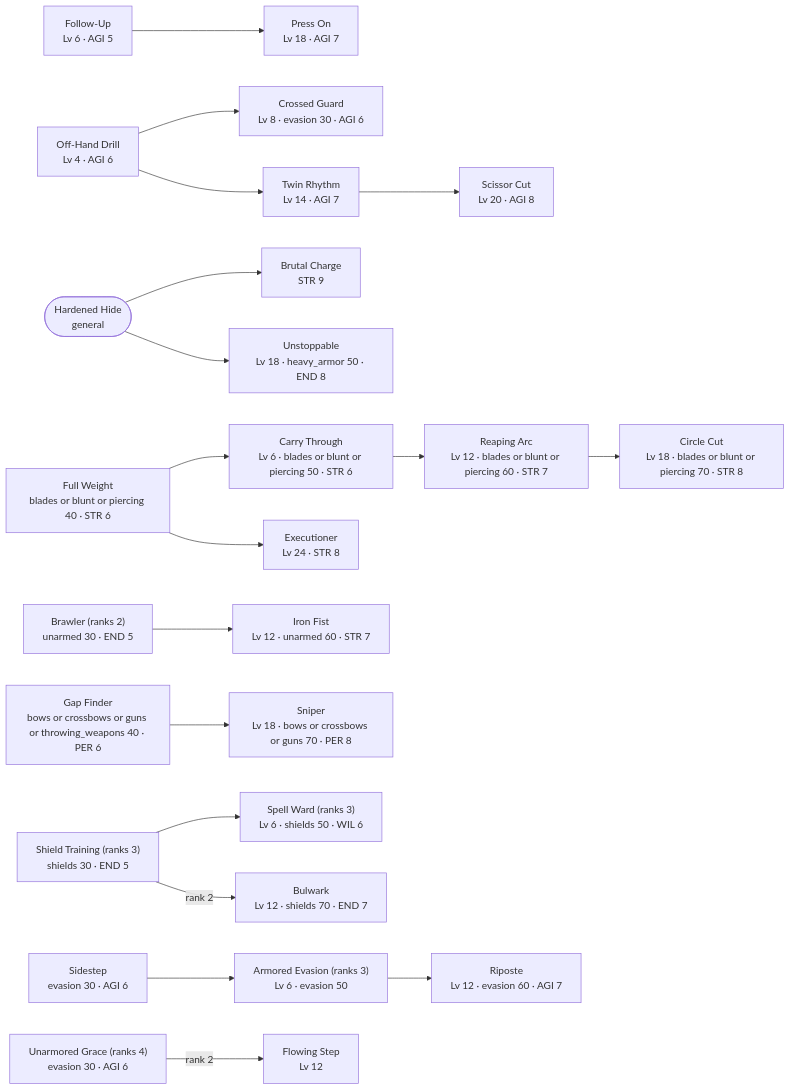
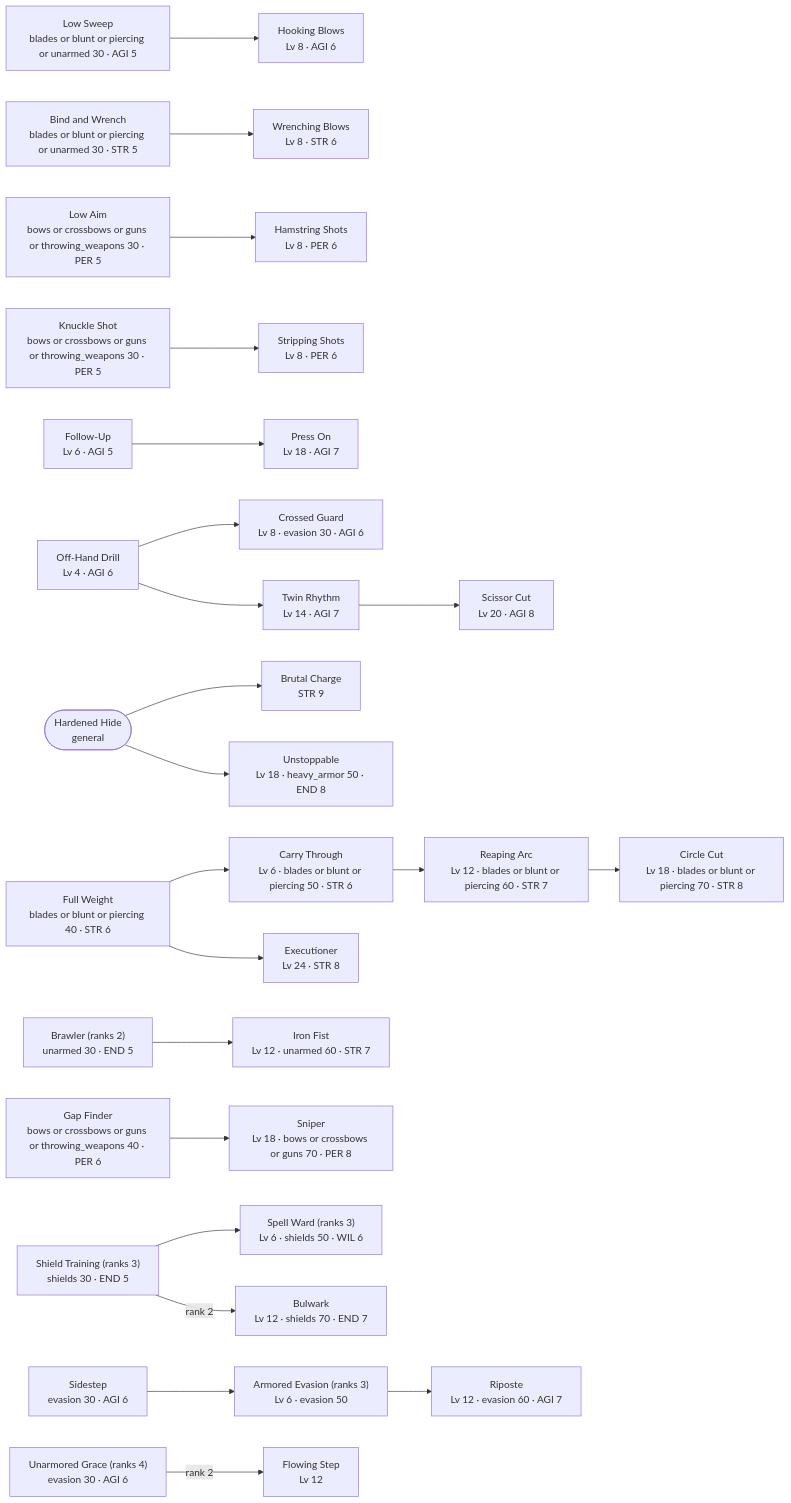
One commit to SETA1609/riftweave-core changed the first of 5 diagrams in docs/core/perk-ladders.md. Above: the diagram before and after it, drawn with Mermaid. The commit also changed other lines of this file and 20 other files, not shown here.

````diff
--- a/docs/core/perk-ladders.md
+++ b/docs/core/perk-ladders.md
@@ -18,46 +18,58 @@
 ```mermaid
 graph LR
   full_weight["Full Weight<br/>blades or blunt or piercing 40 · STR 6"]
   gap_finder["Gap Finder<br/>bows or crossbows or guns or throwing_weapons 40 · PER 6"]
+  low_sweep["Low Sweep<br/>blades or blunt or piercing or unarmed 30 · AGI 5"]
+  hooking_blows["Hooking Blows<br/>Lv 8 · AGI 6"]
+  bind_and_wrench["Bind and Wrench<br/>blades or blunt or piercing or unarmed 30 · STR 5"]
+  wrenching_blows["Wrenching Blows<br/>Lv 8 · STR 6"]
+  low_aim["Low Aim<br/>bows or crossbows or guns or throwing_weapons 30 · PER 5"]
+  hamstring_shots["Hamstring Shots<br/>Lv 8 · PER 6"]
+  knuckle_shot["Knuckle Shot<br/>bows or crossbows or guns or throwing_weapons 30 · PER 5"]
+  stripping_shots["Stripping Shots<br/>Lv 8 · PER 6"]
   brutal_charge["Brutal Charge<br/>STR 9"]
   carry_through["Carry Through<br/>Lv 6 · blades or blunt or piercing 50 · STR 6"]
   reaping_arc["Reaping Arc<br/>Lv 12 · blades or blunt or piercing 60 · STR 7"]
   circle_cut["Circle Cut<br/>Lv 18 · blades or blunt or piercing 70 · STR 8"]
   follow_up["Follow-Up<br/>Lv 6 · AGI 5"]
   press_on["Press On<br/>Lv 18 · AGI 7"]
   off_hand_drill["Off-Hand Drill<br/>Lv 4 · AGI 6"]
   crossed_guard["Crossed Guard<br/>Lv 8 · evasion 30 · AGI 6"]
   twin_rhythm["Twin Rhythm<br/>Lv 14 · AGI 7"]
   scissor_cut["Scissor Cut<br/>Lv 20 · AGI 8"]
   brawler["Brawler (ranks 2)<br/>unarmed 30 · END 5"]
   iron_fist["Iron Fist<br/>Lv 12 · unarmed 60 · STR 7"]
   sniper["Sniper<br/>Lv 18 · bows or crossbows or guns 70 · PER 8"]
   unstoppable["Unstoppable<br/>Lv 18 · heavy_armor 50 · END 8"]
   executioner["Executioner<br/>Lv 24 · STR 8"]
   shield_training["Shield Training (ranks 3)<br/>shields 30 · END 5"]
   spell_ward["Spell Ward (ranks 3)<br/>Lv 6 · shields 50 · WIL 6"]
   bulwark["Bulwark<br/>Lv 12 · shields 70 · END 7"]
   sidestep["Sidestep<br/>evasion 30 · AGI 6"]
   armored_evasion["Armored Evasion (ranks 3)<br/>Lv 6 · evasion 50"]
   unarmored_grace["Unarmored Grace (ranks 4)<br/>evasion 30 · AGI 6"]
   flowing_step["Flowing Step<br/>Lv 12"]
   riposte["Riposte<br/>Lv 12 · evasion 60 · AGI 7"]
+  low_sweep --> hooking_blows
+  bind_and_wrench --> wrenching_blows
+  low_aim --> hamstring_shots
+  knuckle_shot --> stripping_shots
   hardened_hide(["Hardened Hide<br/>general"])
   hardened_hide --> brutal_charge
   full_weight --> carry_through
   carry_through --> reaping_arc
   reaping_arc --> circle_cut
   follow_up --> press_on
   off_hand_drill --> crossed_guard
   off_hand_drill --> twin_rhythm
   twin_rhythm --> scissor_cut
   brawler --> iron_fist
   gap_finder --> sniper
   hardened_hide --> unstoppable
   full_weight --> executioner
   shield_training --> spell_ward
   shield_training -- rank 2 --> bulwark
   sidestep --> armored_evasion
   unarmored_grace -- rank 2 --> flowing_step
   armored_evasion --> riposte
 ```
````
